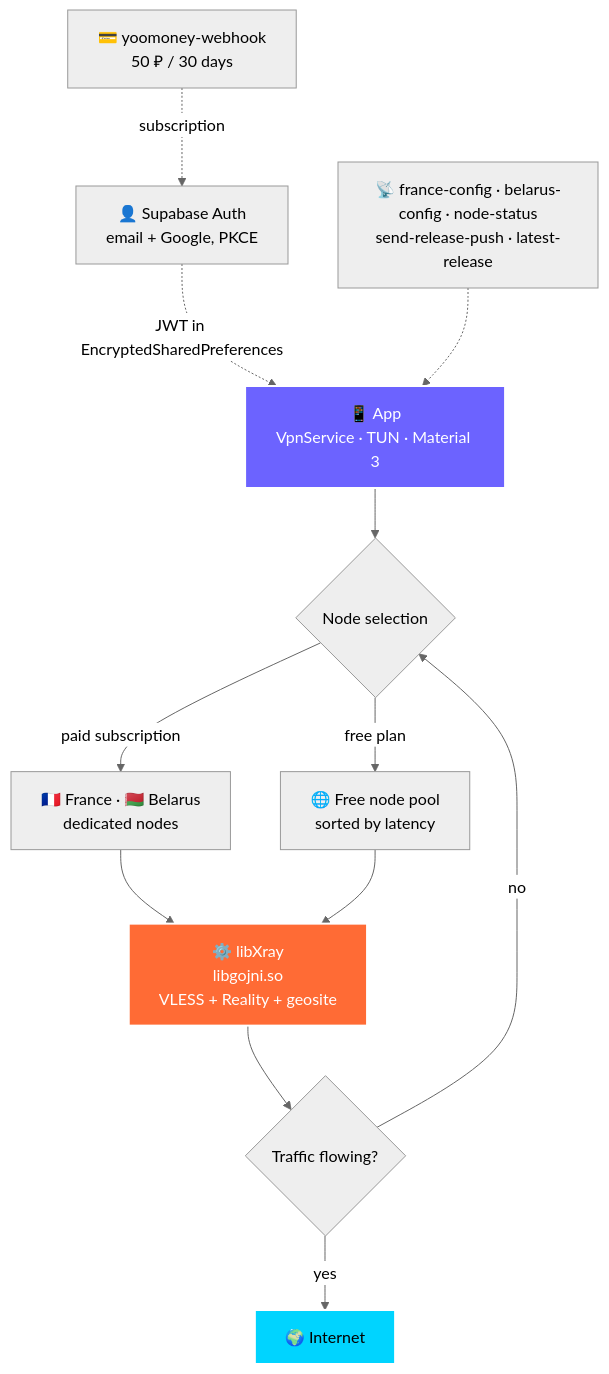
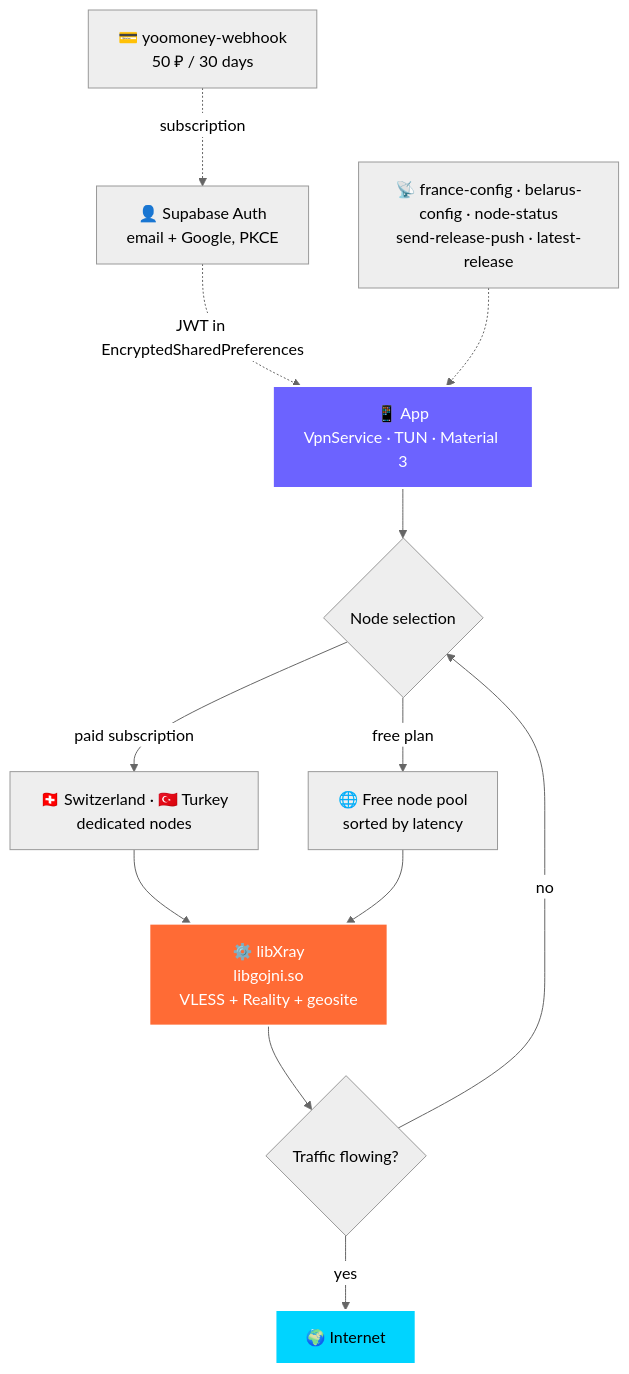
One commit to Core-Dev-Support/naua-security-mirage-android changed the diagram in README_EN.md. Above: the diagram before and after it, drawn with Mermaid (neutral theme). The commit also changed other lines of this file and 7 other files, not shown here.

Commit message:
docs: align server locations to Switzerland and Turkey across docs and server functions

````diff
--- a/README_EN.md
+++ b/README_EN.md
@@ -87,19 +87,19 @@
 ```mermaid
 flowchart TD
     A["📱 App<br/>VpnService · TUN · Material 3"] --> S{"Node selection"}
-    S -->|"paid subscription"| P["🇫🇷 France · 🇧🇾 Belarus<br/>dedicated nodes"]
+    S -->|"paid subscription"| P["🇨🇭 Switzerland · 🇹🇷 Turkey<br/>dedicated nodes"]
     S -->|"free plan"| F["🌐 Free node pool<br/>sorted by latency"]
     P --> C["⚙️ libXray<br/>libgojni.so<br/>VLESS + Reality + geosite"]
     F --> C
     C --> W{"Traffic flowing?"}
     W -->|no| S
     W -->|yes| N["🌍 Internet"]
 
     G["👤 Supabase Auth<br/>email + Google, PKCE"] -.->|JWT in EncryptedSharedPreferences| A
     Y["💳 yoomoney-webhook<br/>50 ₽ / 30 days"] -.->|subscription| G
     B["📡 france-config · belarus-config · node-status<br/>send-release-push · latest-release"] -.-> A
 
     style A fill:#6C63FF,stroke:#fff,stroke-width:2px,color:#fff
     style C fill:#FF6B35,stroke:#fff,stroke-width:2px,color:#fff
     style N fill:#00D4FF,stroke:#fff,stroke-width:2px,color:#000
 ```
````
